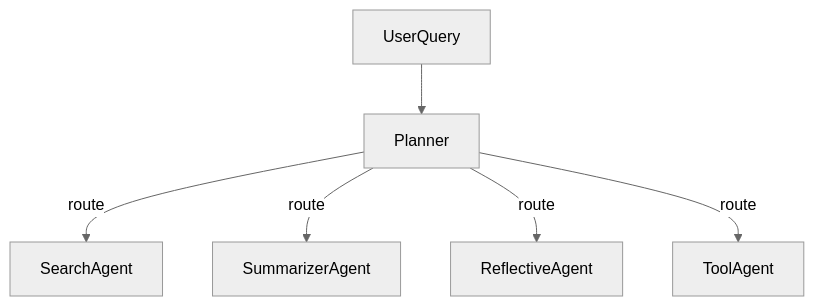
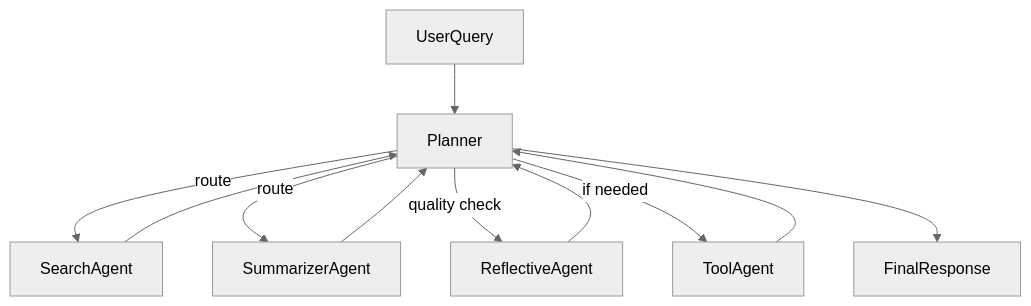
One commit to aisamai63/COMP248-AI-MATH-gp changed the second of 9 diagrams in design/README_design.md. Above: the diagram before and after it, drawn with Mermaid (neutral theme). The commit also changed other lines of this file and 2 other files, not shown here.

Commit message:
Fixed hierarchy/workflow/ER/UML diagram rendering in GitHub preview

````diff
--- a/design/README_design.md
+++ b/design/README_design.md
@@ -147,8 +43,13 @@
 ```mermaid
 flowchart TD
   UserQuery --> Planner
   Planner -->|route| SearchAgent
+  SearchAgent --> Planner
   Planner -->|route| SummarizerAgent
-  Planner -->|route| ReflectiveAgent
-  Planner -->|route| ToolAgent
+  SummarizerAgent --> Planner
+  Planner -->|quality check| ReflectiveAgent
+  ReflectiveAgent --> Planner
+  Planner -->|if needed| ToolAgent
+  ToolAgent --> Planner
+  Planner --> FinalResponse
 ```
````
